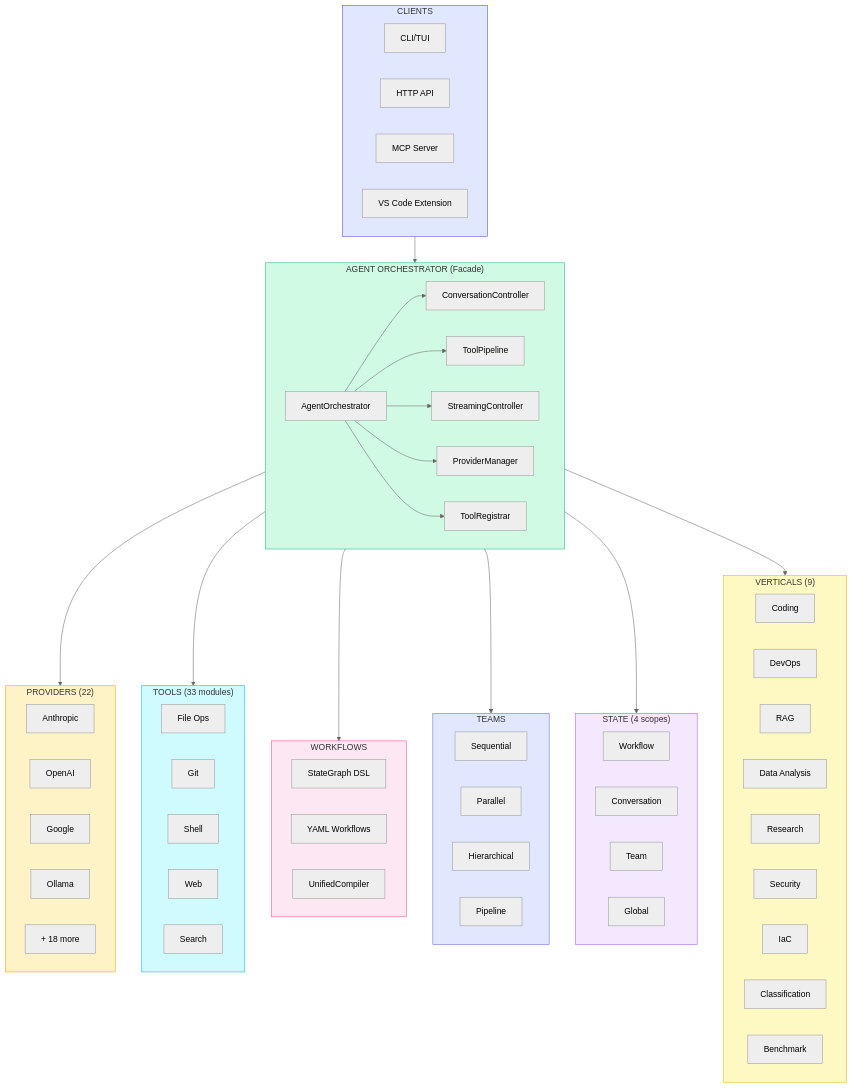
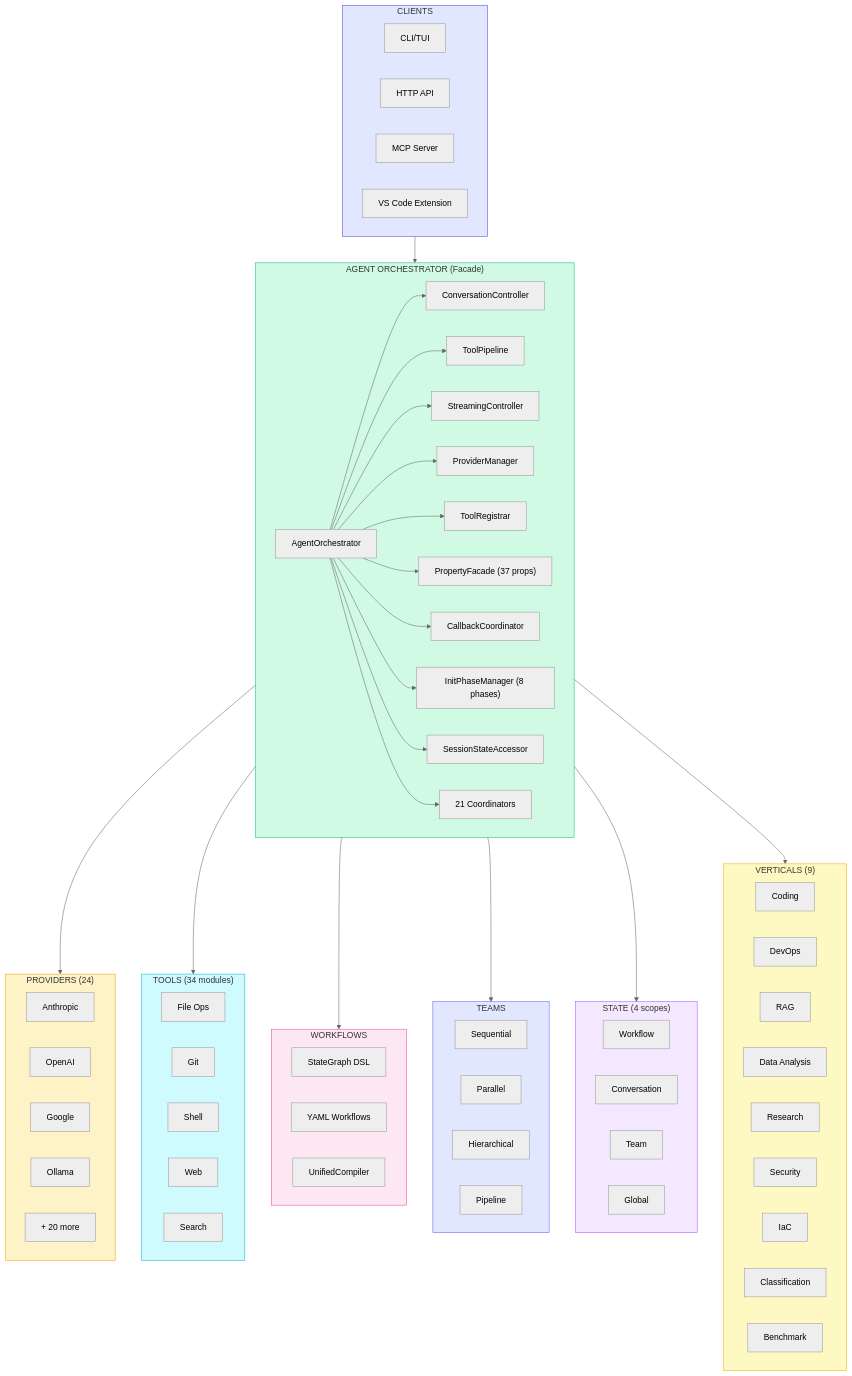
The first of 2 diagrams in docs/architecture/overview.md (vjsingh1984/victor), drawn with Mermaid (neutral theme) before and after one commit. The commit also changed other lines of this file and 1499 other files, not shown here.

First line of the commit message:
v0.6.1: Architecture cleanup, contrib removal, SDK decoupling

```diff
--- a/docs/architecture/overview.md
+++ b/docs/architecture/overview.md
@@ -97,17 +105,22 @@
         SC["StreamingController"]
         PM["ProviderManager"]
         TR["ToolRegistrar"]
+        PF["PropertyFacade (37 props)"]
+        CBC["CallbackCoordinator"]
+        IPM["InitPhaseManager (8 phases)"]
+        SSA["SessionStateAccessor"]
+        COORD["21 Coordinators"]
     end
 
-    subgraph Providers["PROVIDERS (22)"]
+    subgraph Providers["PROVIDERS (24)"]
         ANT["Anthropic"]
         OAI["OpenAI"]
         GGL["Google"]
         OLL["Ollama"]
-        MORE["+ 18 more"]
+        MORE["+ 20 more"]
     end
 
-    subgraph Tools["TOOLS (33 modules)"]
+    subgraph Tools["TOOLS (34 modules)"]
         FILE["File Ops"]
         GIT["Git"]
         SHELL["Shell"]
@@ -153,6 +166,11 @@
     ORC --> SC
     ORC --> PM
     ORC --> TR
+    ORC --> PF
+    ORC --> CBC
+    ORC --> IPM
+    ORC --> SSA
+    ORC --> COORD
     Orchestrator --> Providers
     Orchestrator --> Tools
     Orchestrator --> Workflows
```
